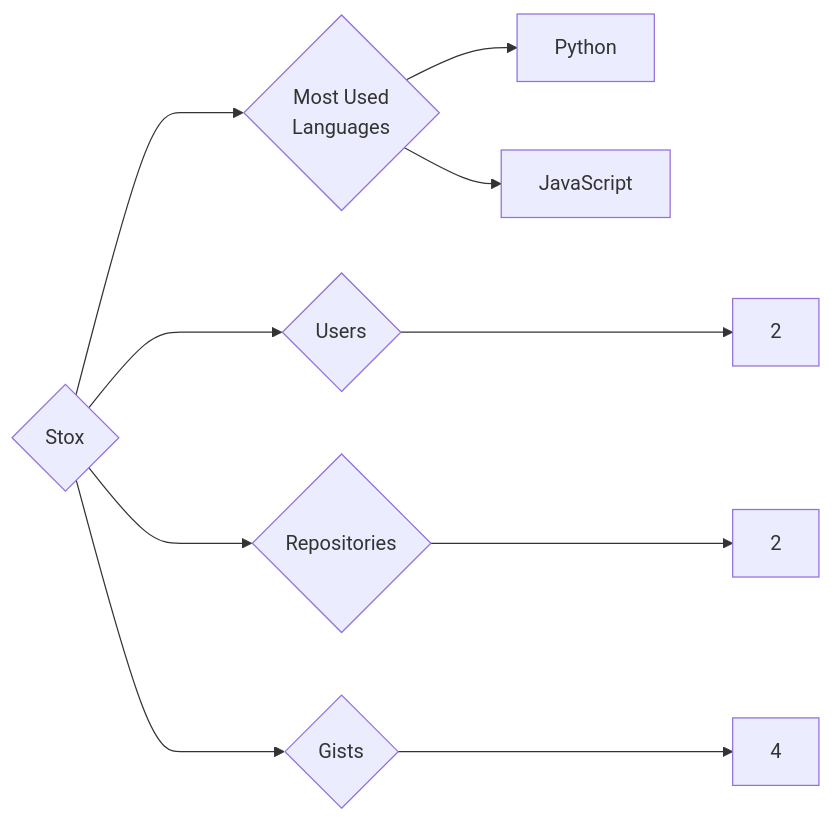
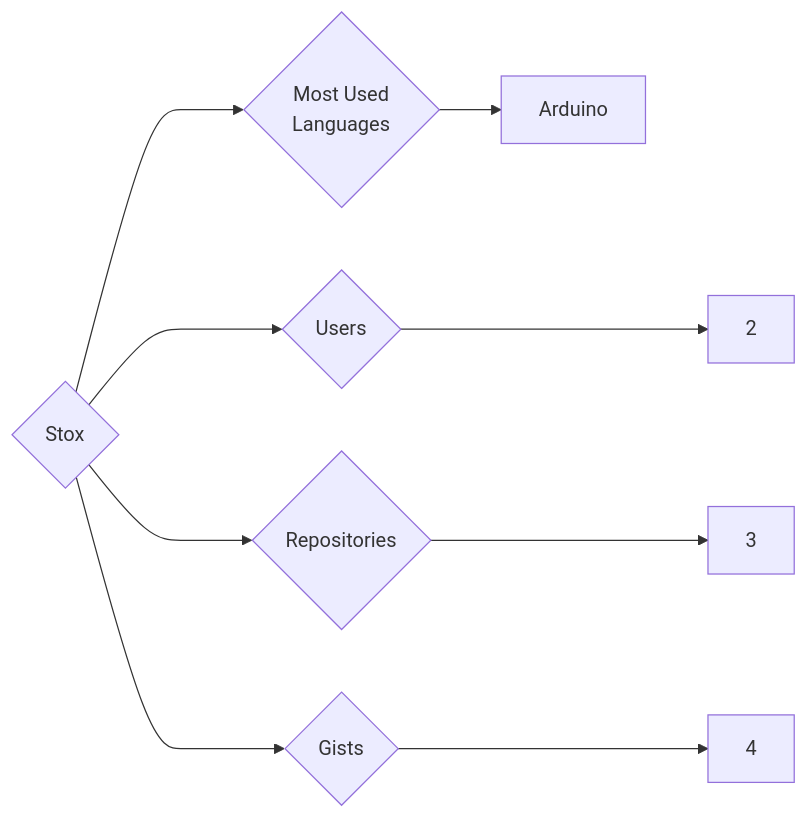
Before and after one commit to trickest/insiders: the diagram in targets/Stox/README.md, drawn with Mermaid. The commit also changed 964 other files, not shown here.

````diff
--- a/targets/Stox/README.md
+++ b/targets/Stox/README.md
@@ -3,10 +3,9 @@
 ```mermaid
 graph LR
 COMPANY_NAME{Stox}
 COMPANY_NAME ---> U{Users} ---> UN[2]
-COMPANY_NAME ---> R{Repositories} ---> RN[2]
+COMPANY_NAME ---> R{Repositories} ---> RN[3]
 COMPANY_NAME ---> G{Gists} ---> GN[4]
 COMPANY_NAME ---> ML{Most Used<br>Languages}
-ML --> Python[Python]
-ML --> JavaScript[JavaScript]
+ML --> Arduino[Arduino]
 ```
````
